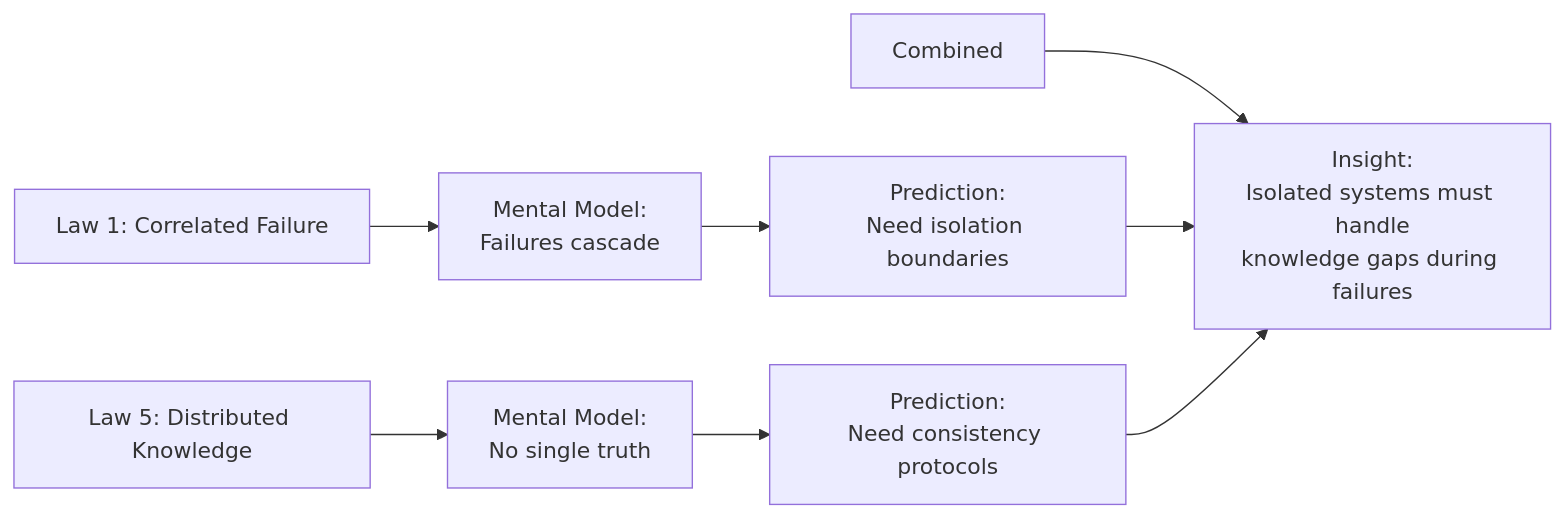
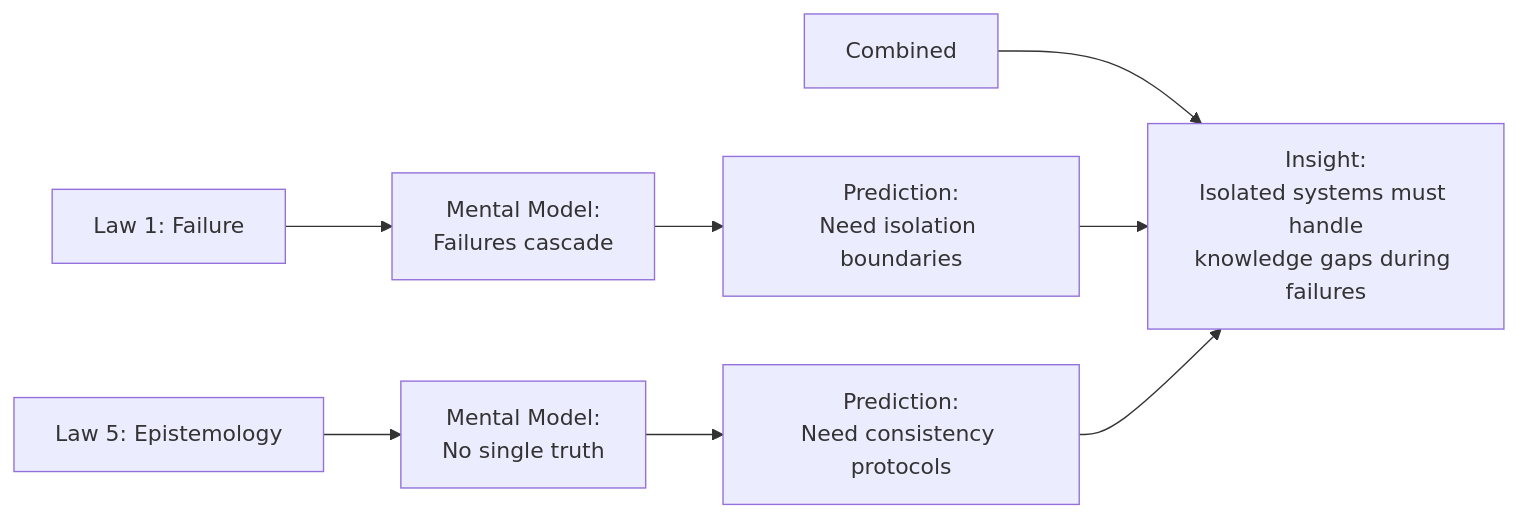
Before and after one commit to deepaucksharma/DStudio: the fourth of 4 diagrams in docs/introduction/philosophy.md, drawn with Mermaid. The commit also changed other lines of this file and 470 other files, not shown here.

````diff
--- a/docs/introduction/philosophy.md
+++ b/docs/introduction/philosophy.md
@@ -211,13 +211,13 @@
 ```mermaid
 graph LR
-    A[Law 1: Correlated Failure] --> B[Mental Model:<br/>Failures cascade]
+    A[Law 1: Failure] --> B[Mental Model:<br/>Failures cascade]
     B --> C[Prediction:<br/>Need isolation boundaries]
 
-    D[Law 5: Distributed Knowledge] --> E[Mental Model:<br/>No single truth]
+    D[Law 5: Epistemology] --> E[Mental Model:<br/>No single truth]
     E --> F[Prediction:<br/>Need consistency protocols]
 
     G[Combined] --> H[Insight:<br/>Isolated systems must handle<br/>knowledge gaps during failures]
 
     C --> H
     F --> H
 ```
````
